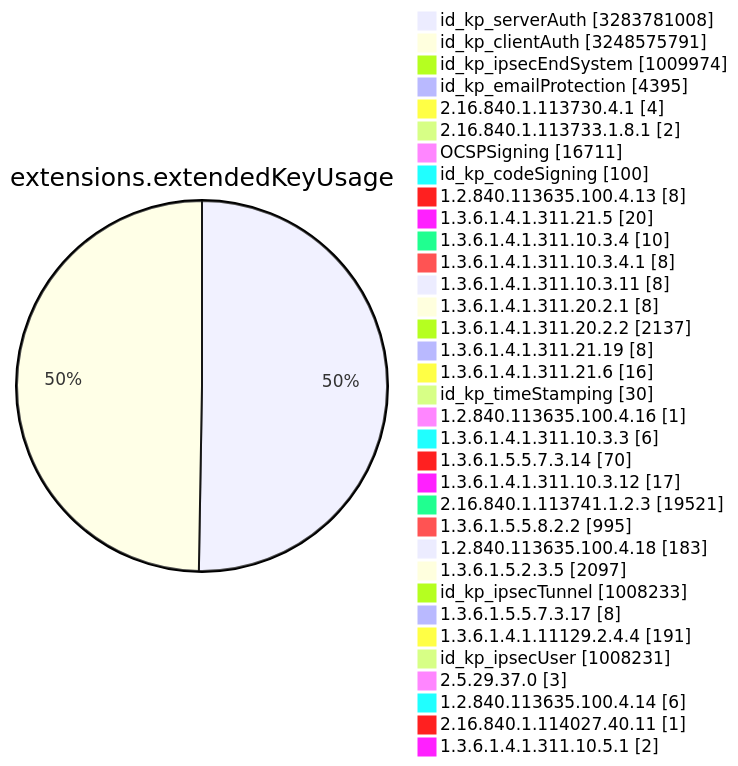
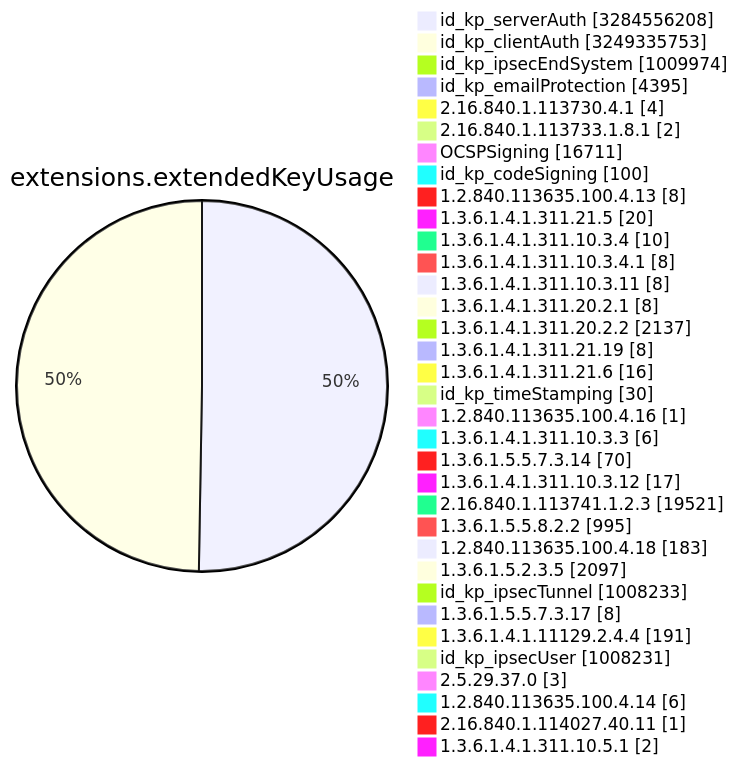
Before and after one commit to christiankrug/ctmonitor_visualization: diagram 11 of 15 in TOTAL/README.md, drawn with Mermaid. The commit also changed other lines of this file, not shown here.

````diff
--- a/TOTAL/README.md
+++ b/TOTAL/README.md
@@ -4119,38 +4119,38 @@
 ```mermaid
 pie showData
 title extensions.extendedKeyUsage
-"id_kp_serverAuth" :3283781008
-"id_kp_clientAuth" :3248575791
+"id_kp_serverAuth" :3284556208
+"id_kp_clientAuth" :3249335753
 "id_kp_ipsecEndSystem" :1009974
 "id_kp_emailProtection" :4395
 "2.16.840.1.113730.4.1" :4
 "2.16.840.1.113733.1.8.1" :2
 "OCSPSigning" :16711
 "id_kp_codeSigning" :100
 "1.2.840.113635.100.4.13" :8
 "1.3.6.1.4.1.311.21.5" :20
 "1.3.6.1.4.1.311.10.3.4" :10
 "1.3.6.1.4.1.311.10.3.4.1" :8
 "1.3.6.1.4.1.311.10.3.11" :8
 "1.3.6.1.4.1.311.20.2.1" :8
 "1.3.6.1.4.1.311.20.2.2" :2137
 "1.3.6.1.4.1.311.21.19" :8
 "1.3.6.1.4.1.311.21.6" :16
 "id_kp_timeStamping" :30
 "1.2.840.113635.100.4.16" :1
 "1.3.6.1.4.1.311.10.3.3" :6
 "1.3.6.1.5.5.7.3.14" :70
 "1.3.6.1.4.1.311.10.3.12" :17
 "2.16.840.1.113741.1.2.3" :19521
 "1.3.6.1.5.5.8.2.2" :995
 "1.2.840.113635.100.4.18" :183
 "1.3.6.1.5.2.3.5" :2097
 "id_kp_ipsecTunnel" :1008233
 "1.3.6.1.5.5.7.3.17" :8
 "1.3.6.1.4.1.11129.2.4.4" :191
 "id_kp_ipsecUser" :1008231
 "2.5.29.37.0" :3
 "1.2.840.113635.100.4.14" :6
 "2.16.840.1.114027.40.11" :1
 "1.3.6.1.4.1.311.10.5.1" :2
 ```
````
